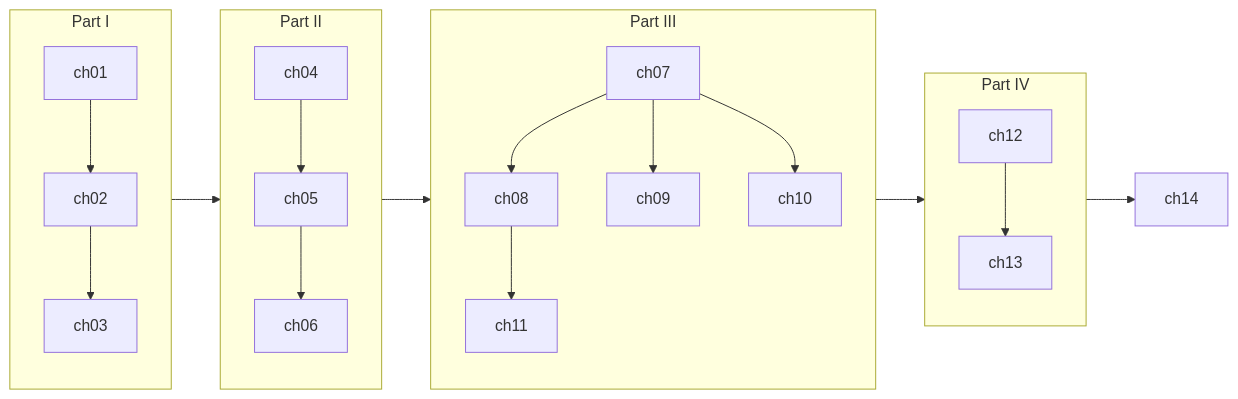
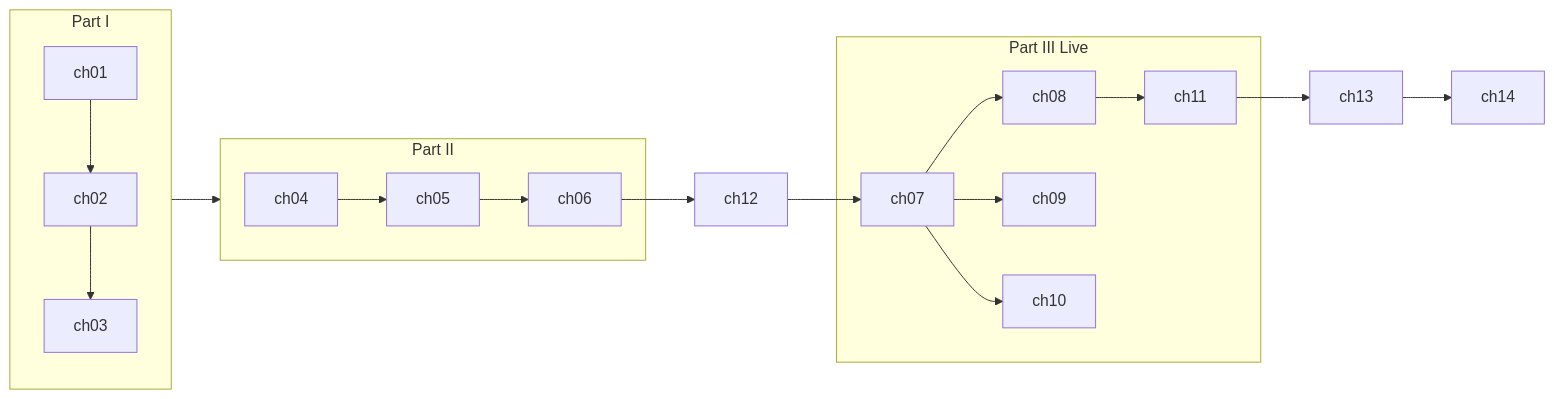
Before and after one commit to GeneralKnowledge/Good-Dog-Book: the diagram in architecture/CHAPTER_MAP.md, drawn with Mermaid. The commit also changed other lines of this file and 16 other files, not shown here.

````diff
--- a/architecture/CHAPTER_MAP.md
+++ b/architecture/CHAPTER_MAP.md
@@ -28,19 +32,20 @@
 ```mermaid
 flowchart LR
   subgraph I[Part I]
     ch01 --> ch02 --> ch03
   end
   subgraph II[Part II]
     ch04 --> ch05 --> ch06
   end
-  subgraph III[Part III]
+  ch06 --> ch12
+  subgraph III[Part III Live]
     ch07 --> ch08
     ch07 --> ch09
     ch07 --> ch10
     ch08 --> ch11
   end
-  subgraph IV[Part IV]
-    ch12 --> ch13
-  end
-  I --> II --> III --> IV --> ch14
+  ch12 --> ch07
+  ch11 --> ch13
+  ch13 --> ch14
+  I --> II
 ```
````
